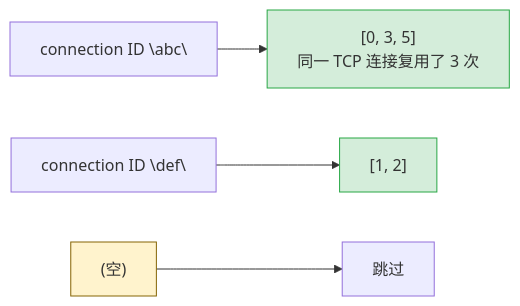
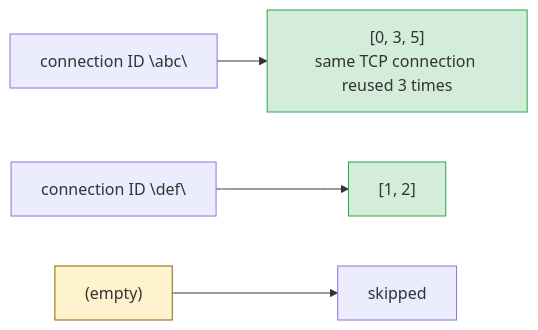
One commit to hitechcloud-vietnam/har-skills changed the fifth of 5 diagrams in website/zh/internals/waterfall.md. Above: the diagram before and after it, drawn with Mermaid. The commit also changed other lines of this file and 97 other files, not shown here.

````diff
--- a/website/zh/internals/waterfall.md
+++ b/website/zh/internals/waterfall.md
@@ -252,8 +261,8 @@
 ```mermaid
 graph LR
-  CONNABC["connection ID \"abc\""] --> E035["[0, 3, 5]<br/>同一 TCP 连接复用了 3 次"]:::ok
+  CONNABC["connection ID \"abc\""] --> E035["[0, 3, 5]<br/>same TCP connection reused 3 times"]:::ok
   CONNDEF["connection ID \"def\""] --> E12["[1, 2]"]:::ok
-  EMPTY["(空)"]:::warn --> SKIP["跳过"]
+  EMPTY["(empty)"]:::warn --> SKIP["skipped"]
   classDef ok fill:#d4edda,stroke:#28a745
   classDef warn fill:#fff3cd,stroke:#856404
 ```
````
